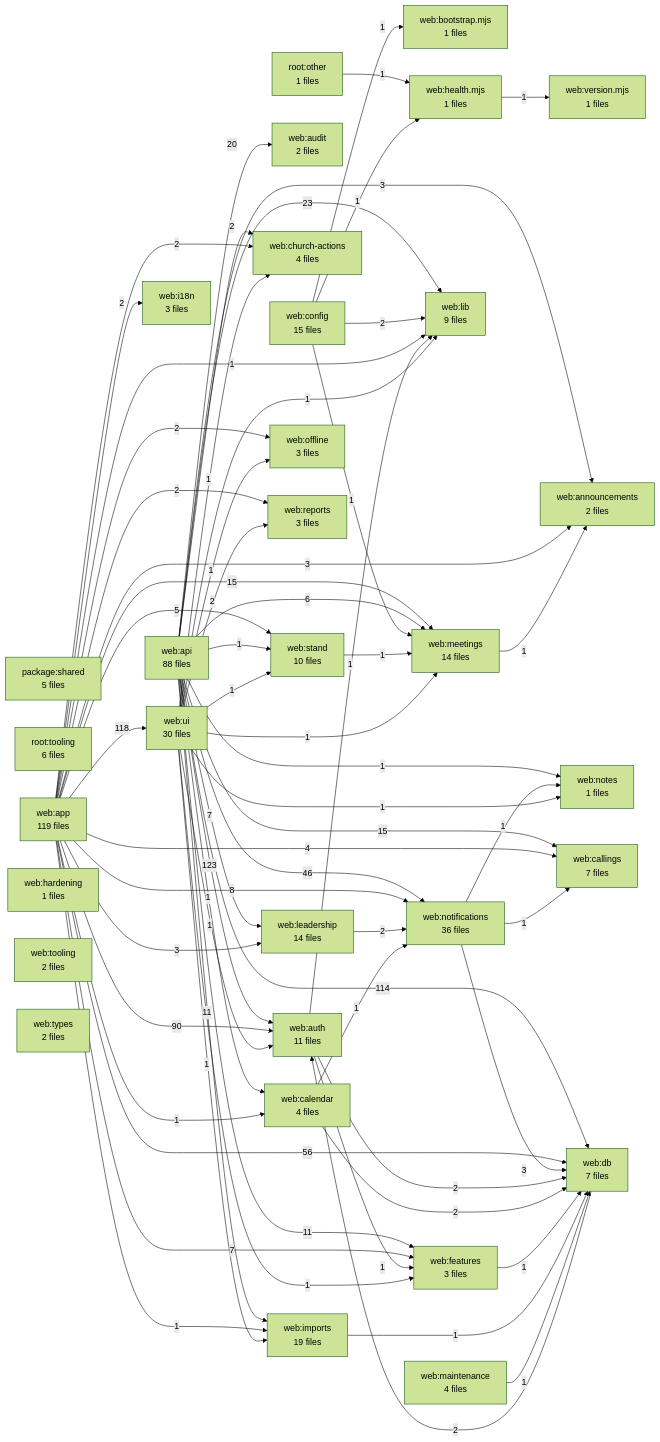
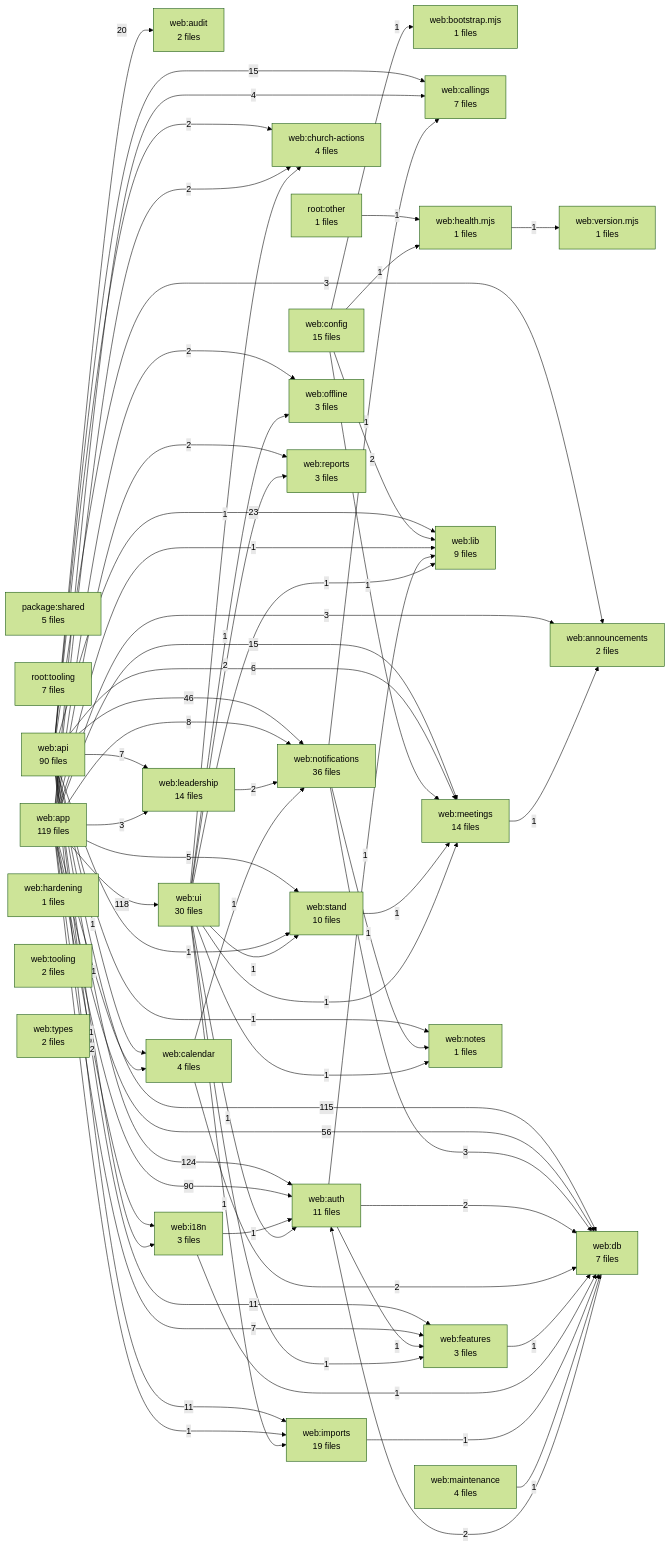
The diagram in docs/DEPENDENCY_GRAPH.md (kalebhall/the-stand), drawn with Mermaid (forest theme) before and after one commit. The commit also changed other lines of this file and 22 other files, not shown here.

```diff
--- a/docs/DEPENDENCY_GRAPH.md
+++ b/docs/DEPENDENCY_GRAPH.md
@@ -12,9 +12,9 @@
 flowchart LR
   A1["package:shared<br/>5 files"]
   A2["root:other<br/>1 files"]
-  A3["root:tooling<br/>6 files"]
+  A3["root:tooling<br/>7 files"]
   A4["web:announcements<br/>2 files"]
-  A5["web:api<br/>88 files"]
+  A5["web:api<br/>90 files"]
   A6["web:app<br/>119 files"]
   A7["web:audit<br/>2 files"]
   A8["web:auth<br/>11 files"]
@@ -42,9 +42,9 @@
   A30["web:types<br/>2 files"]
   A31["web:ui<br/>30 files"]
   A32["web:version.mjs<br/>1 files"]
-  A5 -->|123| A8
+  A5 -->|124| A8
   A6 -->|118| A31
-  A5 -->|114| A14
+  A5 -->|115| A14
   A6 -->|90| A8
   A6 -->|56| A14
   A5 -->|46| A25
@@ -77,6 +77,7 @@
   A31 -->|2| A27
   A2 -->|1| A17
   A5 -->|1| A10
+  A5 -->|1| A18
   A5 -->|1| A24
   A5 -->|1| A28
   A6 -->|1| A10
@@ -90,6 +91,8 @@
   A13 -->|1| A23
   A15 -->|1| A14
   A17 -->|1| A32
+  A18 -->|1| A8
+  A18 -->|1| A14
   A19 -->|1| A14
   A22 -->|1| A14
   A23 -->|1| A4
```
